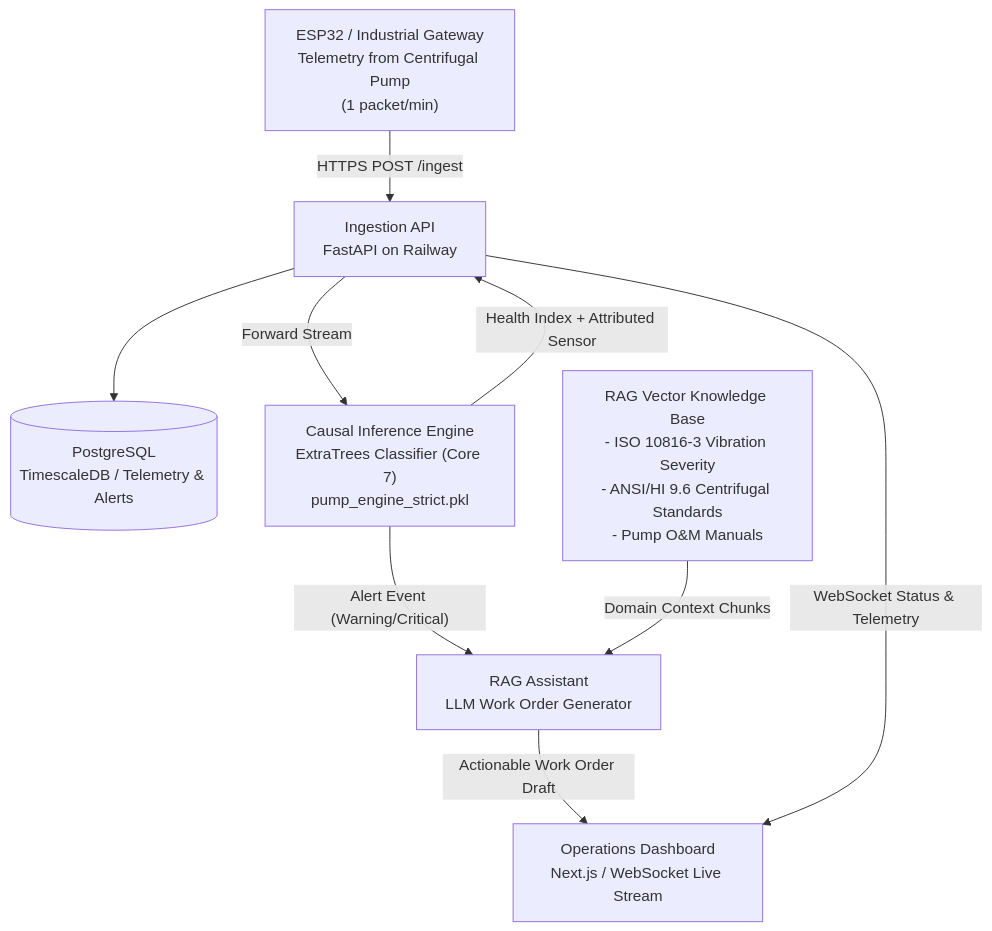
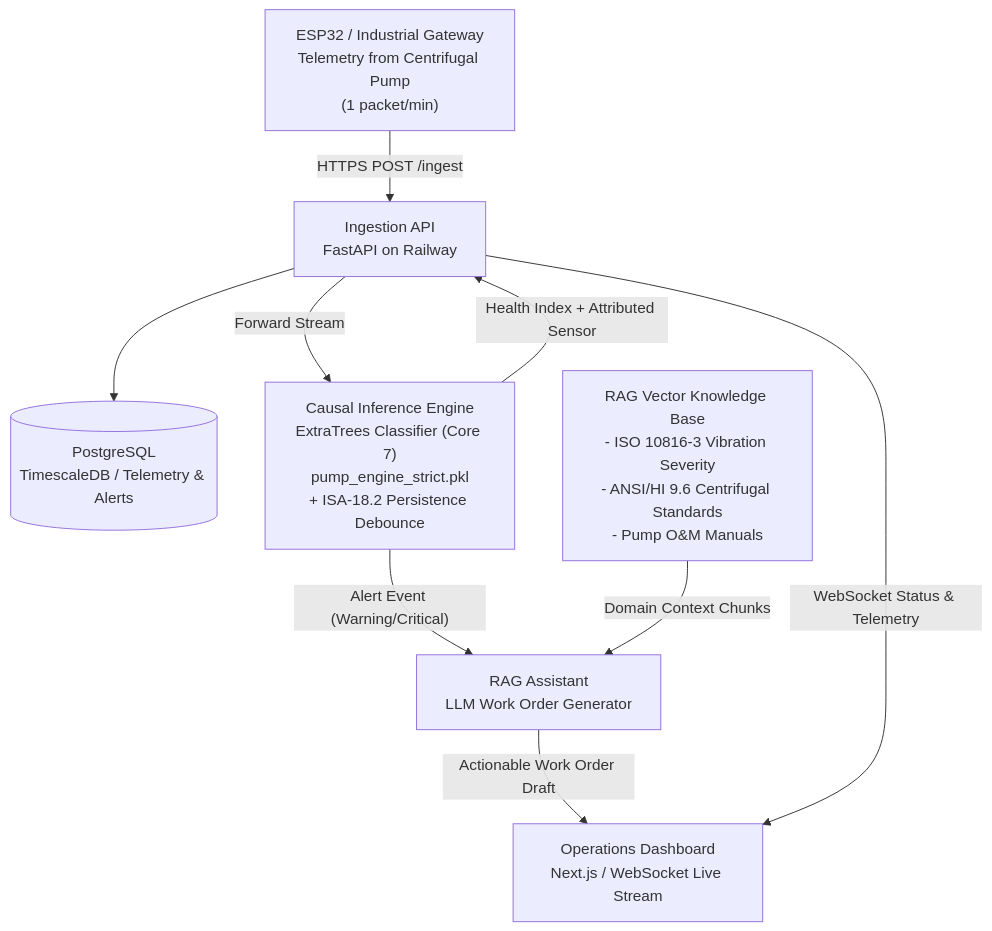
The diagram in docs/AI_Technical_Architecture.md (tasneem33355/AgriPulse), drawn with Mermaid before and after one commit. The commit also changed other lines of this file and 4 other files, not shown here.

Commit message:
docs: align architecture, completion plan, instrumentation PDF (v3.0), and model_config with two-stage pump telemetry and verified metrics

````diff
--- a/docs/AI_Technical_Architecture.md
+++ b/docs/AI_Technical_Architecture.md
@@ -15,19 +15,19 @@
 ```mermaid
 flowchart TD
     HW["ESP32 / Industrial Gateway\nTelemetry from Centrifugal Pump\n(1 packet/min)"]
     API["Ingestion API\nFastAPI on Railway"]
     DB[("PostgreSQL\nTimescaleDB / Telemetry & Alerts")]
-    ENG["Causal Inference Engine\nExtraTrees Classifier (Core 7)\npump_engine_strict.pkl"]
+    ENG["Causal Inference Engine\nExtraTrees Classifier (Core 7)\npump_engine_strict.pkl\n+ ISA-18.2 Persistence Debounce"]
     FMEA["RAG Vector Knowledge Base\n- ISO 10816-3 Vibration Severity\n- ANSI/HI 9.6 Centrifugal Standards\n- Pump O&M Manuals"]
     RAG["RAG Assistant\nLLM Work Order Generator"]
     DASH["Operations Dashboard\nNext.js / WebSocket Live Stream"]
 
     HW -->|"HTTPS POST /ingest"| API
     API --> DB
     API -->|"Forward Stream"| ENG
     ENG -->|"Health Index + Attributed Sensor"| API
     ENG -->|"Alert Event (Warning/Critical)"| RAG
     FMEA -->|"Domain Context Chunks"| RAG
     RAG -->|"Actionable Work Order Draft"| DASH
     API -->|"WebSocket Status & Telemetry"| DASH
 ```
````
